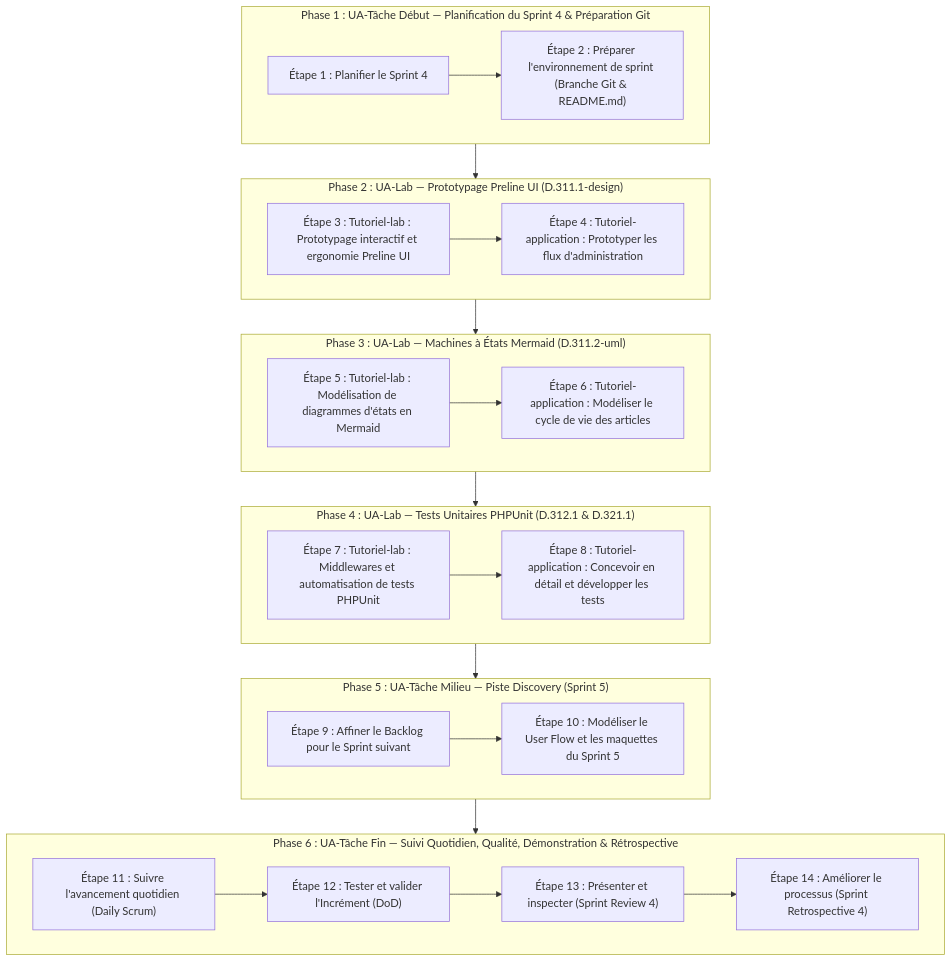
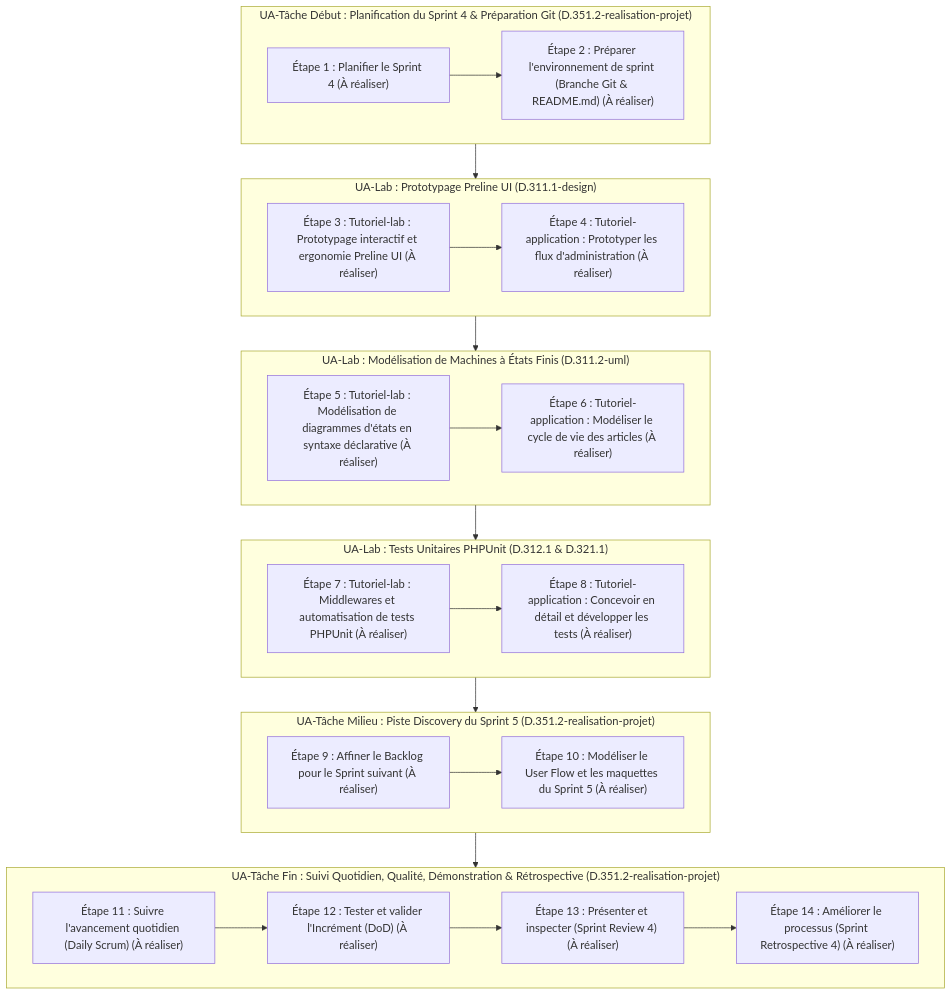
Before and after one commit to labs-web/projet-imiation-n3: the diagram in flux-travail/sessions/flux-travail-s4.md, drawn with Mermaid. The commit also changed other lines of this file and 8 other files, not shown here.

````diff
--- a/flux-travail/sessions/flux-travail-s4.md
+++ b/flux-travail/sessions/flux-travail-s4.md
@@ -56,42 +69,42 @@
 ```mermaid
 flowchart TD
-    subgraph P1 ["Phase 1 : UA-Tâche Début — Planification du Sprint 4 & Préparation Git"]
-        E1["Étape 1 : Planifier le Sprint 4"]
-        E2["Étape 2 : Préparer l'environnement de sprint (Branche Git & README.md)"]
+    subgraph UA1 ["UA-Tâche Début : Planification du Sprint 4 & Préparation Git (D.351.2-realisation-projet)"]
+        E1["Étape 1 : Planifier le Sprint 4 (À réaliser)"]
+        E2["Étape 2 : Préparer l'environnement de sprint (Branche Git & README.md) (À réaliser)"]
         E1 --> E2
     end
 
-    subgraph P2 ["Phase 2 : UA-Lab — Prototypage Preline UI (D.311.1-design)"]
-        E3["Étape 3 : Tutoriel-lab : Prototypage interactif et ergonomie Preline UI"]
-        E4["Étape 4 : Tutoriel-application : Prototyper les flux d'administration"]
+    subgraph UA2 ["UA-Lab : Prototypage Preline UI (D.311.1-design)"]
+        E3["Étape 3 : Tutoriel-lab : Prototypage interactif et ergonomie Preline UI (À réaliser)"]
+        E4["Étape 4 : Tutoriel-application : Prototyper les flux d'administration (À réaliser)"]
         E3 --> E4
     end
 
-    subgraph P3 ["Phase 3 : UA-Lab — Machines à États Mermaid (D.311.2-uml)"]
-        E5["Étape 5 : Tutoriel-lab : Modélisation de diagrammes d'états en Mermaid"]
-        E6["Étape 6 : Tutoriel-application : Modéliser le cycle de vie des articles"]
+    subgraph UA3 ["UA-Lab : Modélisation de Machines à États Finis (D.311.2-uml)"]
+        E5["Étape 5 : Tutoriel-lab : Modélisation de diagrammes d'états en syntaxe déclarative (À réaliser)"]
+        E6["Étape 6 : Tutoriel-application : Modéliser le cycle de vie des articles (À réaliser)"]
         E5 --> E6
     end
 
-    subgraph P4 ["Phase 4 : UA-Lab — Tests Unitaires PHPUnit (D.312.1 & D.321.1)"]
-        E7["Étape 7 : Tutoriel-lab : Middlewares et automatisation de tests PHPUnit"]
-        E8["Étape 8 : Tutoriel-application : Concevoir en détail et développer les tests"]
+    subgraph UA4 ["UA-Lab : Tests Unitaires PHPUnit (D.312.1 & D.321.1)"]
+        E7["Étape 7 : Tutoriel-lab : Middlewares et automatisation de tests PHPUnit (À réaliser)"]
+        E8["Étape 8 : Tutoriel-application : Concevoir en détail et développer les tests (À réaliser)"]
         E7 --> E8
     end
 
-    subgraph P5 ["Phase 5 : UA-Tâche Milieu — Piste Discovery (Sprint 5)"]
-        E9["Étape 9 : Affiner le Backlog pour le Sprint suivant"]
-        E10["Étape 10 : Modéliser le User Flow et les maquettes du Sprint 5"]
+    subgraph UA5 ["UA-Tâche Milieu : Piste Discovery du Sprint 5 (D.351.2-realisation-projet)"]
+        E9["Étape 9 : Affiner le Backlog pour le Sprint suivant (À réaliser)"]
+        E10["Étape 10 : Modéliser le User Flow et les maquettes du Sprint 5 (À réaliser)"]
         E9 --> E10
     end
 
-    subgraph P6 ["Phase 6 : UA-Tâche Fin — Suivi Quotidien, Qualité, Démonstration & Rétrospective"]
-        E11["Étape 11 : Suivre l'avancement quotidien (Daily Scrum)"]
-        E12["Étape 12 : Tester et valider l'Incrément (DoD)"]
-        E13["Étape 13 : Présenter et inspecter (Sprint Review 4)"]
-        E14["Étape 14 : Améliorer le processus (Sprint Retrospective 4)"]
+    subgraph UA6 ["UA-Tâche Fin : Suivi Quotidien, Qualité, Démonstration & Rétrospective (D.351.2-realisation-projet)"]
+        E11["Étape 11 : Suivre l'avancement quotidien (Daily Scrum) (À réaliser)"]
+        E12["Étape 12 : Tester et valider l'Incrément (DoD) (À réaliser)"]
+        E13["Étape 13 : Présenter et inspecter (Sprint Review 4) (À réaliser)"]
+        E14["Étape 14 : Améliorer le processus (Sprint Retrospective 4) (À réaliser)"]
         E11 --> E12 --> E13 --> E14
     end
 
-    P1 --> P2 --> P3 --> P4 --> P5 --> P6
+    UA1 --> UA2 --> UA3 --> UA4 --> UA5 --> UA6
 ```
````
